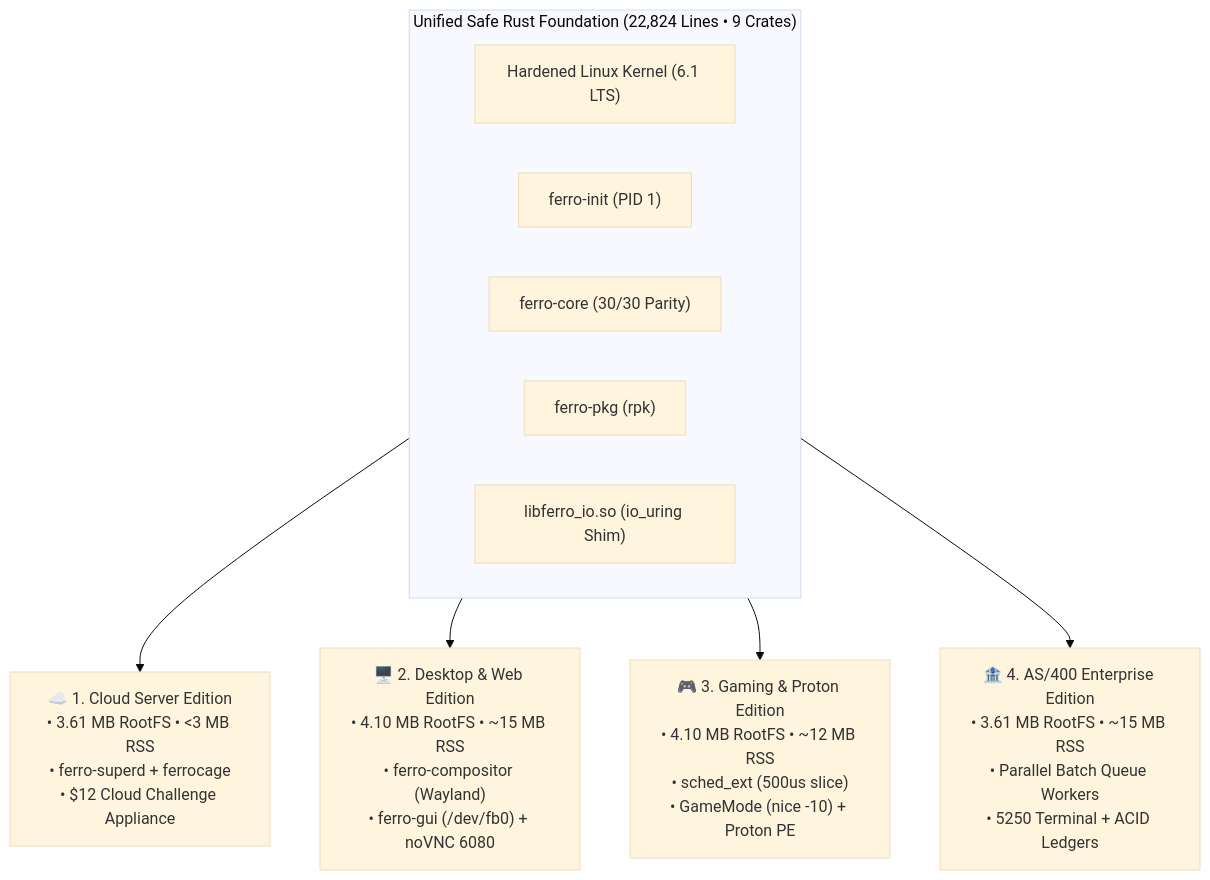
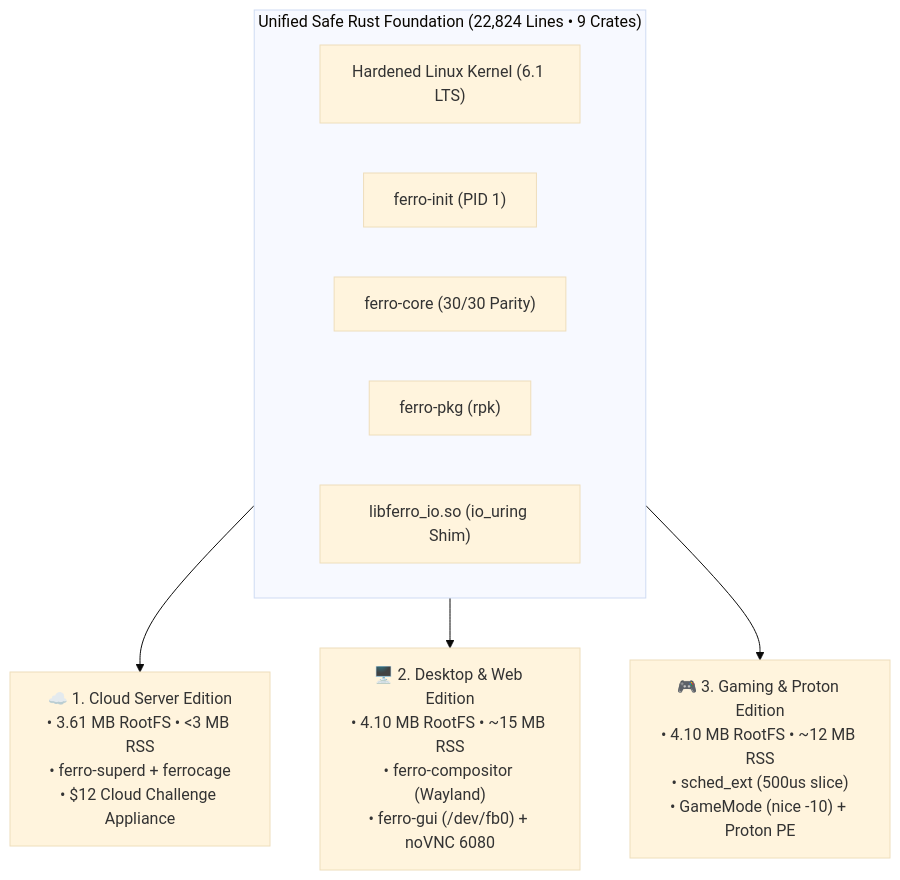
Before and after one commit to Praveen-1308/ferro-os: the diagram in README.md, drawn with Mermaid (base theme). The commit also changed other lines of this file and 25 other files, not shown here.

Commit message:
refactor: completely remove experimental AS/400 enterprise edition code, tools, telemetry and documentation

````diff
--- a/README.md
+++ b/README.md
@@ -78,15 +77,14 @@
 ```mermaid
 graph TD
     subgraph Foundation ["Unified Safe Rust Foundation (22,824 Lines • 9 Crates)"]
         Kernel["Hardened Linux Kernel (6.1 LTS)"]
         Init["ferro-init (PID 1)"]
         Core["ferro-core (30/30 Parity)"]
         Pkg["ferro-pkg (rpk)"]
         IO["libferro_io.so (io_uring Shim)"]
     end
 
     Foundation --> Cloud["☁️ 1. Cloud Server Edition<br/>• 3.61 MB RootFS • <3 MB RSS<br/>• ferro-superd + ferrocage<br/>• $12 Cloud Challenge Appliance"]
     Foundation --> Desktop["🖥️ 2. Desktop & Web Edition<br/>• 4.10 MB RootFS • ~15 MB RSS<br/>• ferro-compositor (Wayland)<br/>• ferro-gui (/dev/fb0) + noVNC 6080"]
     Foundation --> Gaming["🎮 3. Gaming & Proton Edition<br/>• 4.10 MB RootFS • ~12 MB RSS<br/>• sched_ext (500us slice)<br/>• GameMode (nice -10) + Proton PE"]
-    Foundation --> AS400["🏦 4. AS/400 Enterprise Edition<br/>• 3.61 MB RootFS • ~15 MB RSS<br/>• Parallel Batch Queue Workers<br/>• 5250 Terminal + ACID Ledgers"]
 ```
````
